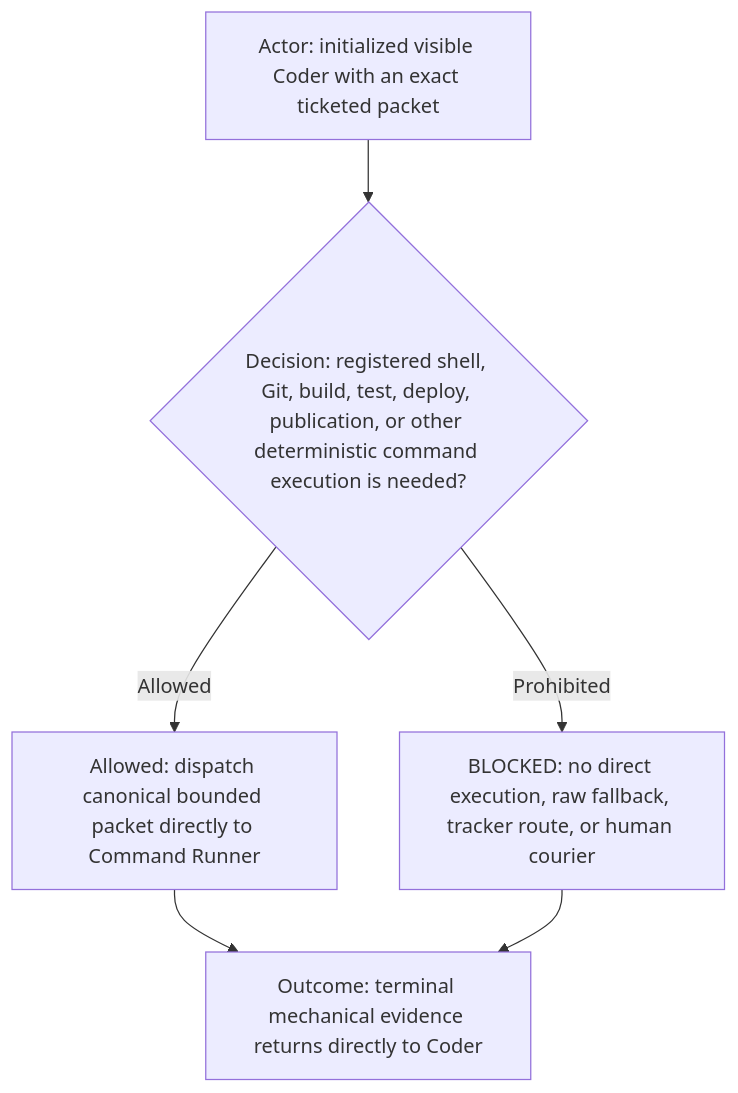
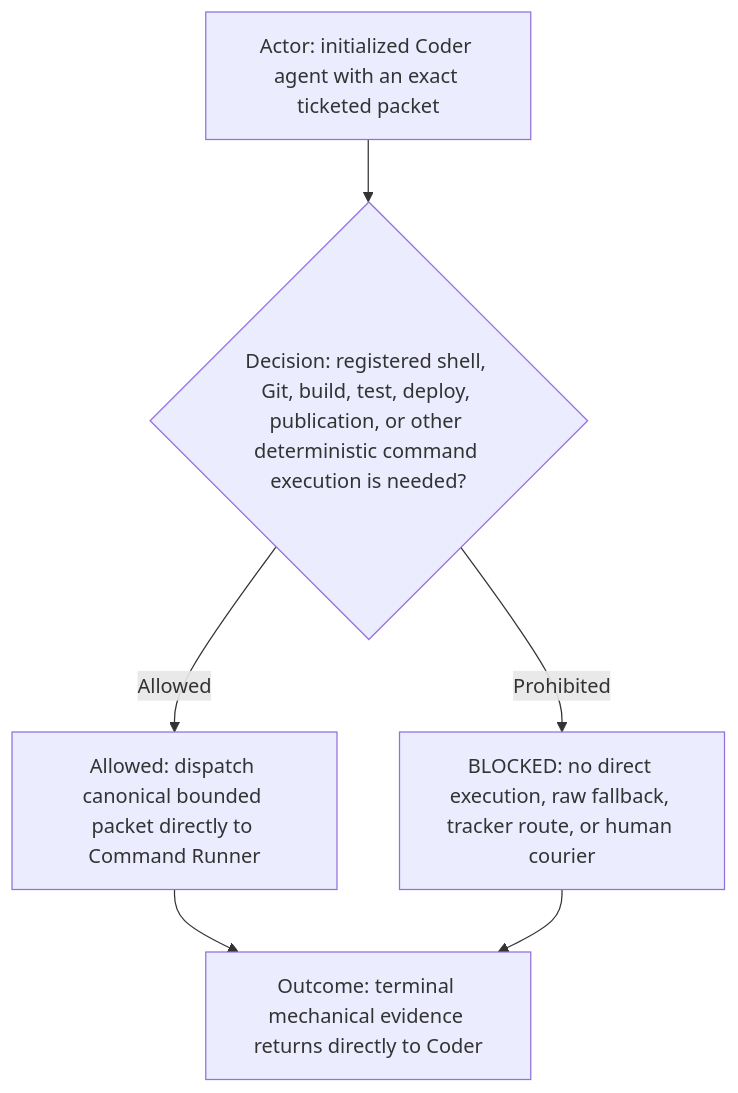
Before and after one commit to starodubtsevconsulting/ai-fleas: the eighth of 10 diagrams in ai-workflows/_common/roles/coder.md, drawn with Mermaid. The commit also changed other lines of this file and 15 other files, not shown here.

````diff
--- a/ai-workflows/_common/roles/coder.md
+++ b/ai-workflows/_common/roles/coder.md
@@ -222,8 +222,8 @@
 ```mermaid
 flowchart TD
-  Actor["Actor: initialized visible Coder with an exact ticketed packet"] --> Decision{"Decision: registered shell, Git, build, test, deploy, publication, or other deterministic command execution is needed?"}
+  Actor["Actor: initialized Coder agent with an exact ticketed packet"] --> Decision{"Decision: registered shell, Git, build, test, deploy, publication, or other deterministic command execution is needed?"}
   Decision -->|Allowed| Route["Allowed: dispatch canonical bounded packet directly to Command Runner"]
   Decision -->|Prohibited| Blocked["BLOCKED: no direct execution, raw fallback, tracker route, or human courier"]
   Route --> Return["Outcome: terminal mechanical evidence returns directly to Coder"]
   Blocked --> Return
 ```
````
